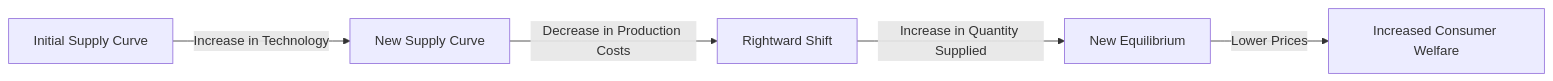
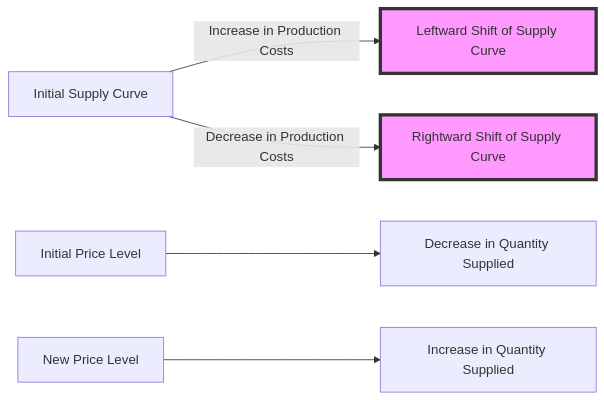
Before and after one commit to DagimAlemayehuu/Ater: the diagram in Obsidian_Vault/2-Academic/Winter 2026/Economics/2_Theory_Of_Demand_And_Supply/Shift_In_Supply_Curve.md, drawn with Mermaid. The commit also changed other lines of this file and 41 other files, not shown here.

Commit message:
Hardening OKA Pedagogical Architecture: Fix relational links, metadata formatting, and Jump-to-PDF functionality

````diff
--- a/Obsidian_Vault/2-Academic/Winter 2026/Economics/2_Theory_Of_Demand_And_Supply/Shift_In_Supply_Curve.md
+++ b/Obsidian_Vault/2-Academic/Winter 2026/Economics/2_Theory_Of_Demand_And_Supply/Shift_In_Supply_Curve.md
@@ -40,9 +53,11 @@
 ```mermaid
 
 graph LR
-    A[Initial Supply Curve] -->|Increase in Technology| B[New Supply Curve]
-    B -->|Decrease in Production Costs| C[Rightward Shift]
-    C -->|Increase in Quantity Supplied| D[New Equilibrium]
-    D -->|Lower Prices| E[Increased Consumer Welfare]
+    A[Initial Supply Curve] -->|Increase in Production Costs| B[Leftward Shift of Supply Curve]
+    A -->|Decrease in Production Costs| C[Rightward Shift of Supply Curve]
+    D[Initial Price Level] --> E[Decrease in Quantity Supplied]
+    F[New Price Level] --> G[Increase in Quantity Supplied]
+    style B fill:#f9f,stroke:#333,stroke-width:4px
+    style C fill:#f9f,stroke:#333,stroke-width:4px
 
 ```
````
